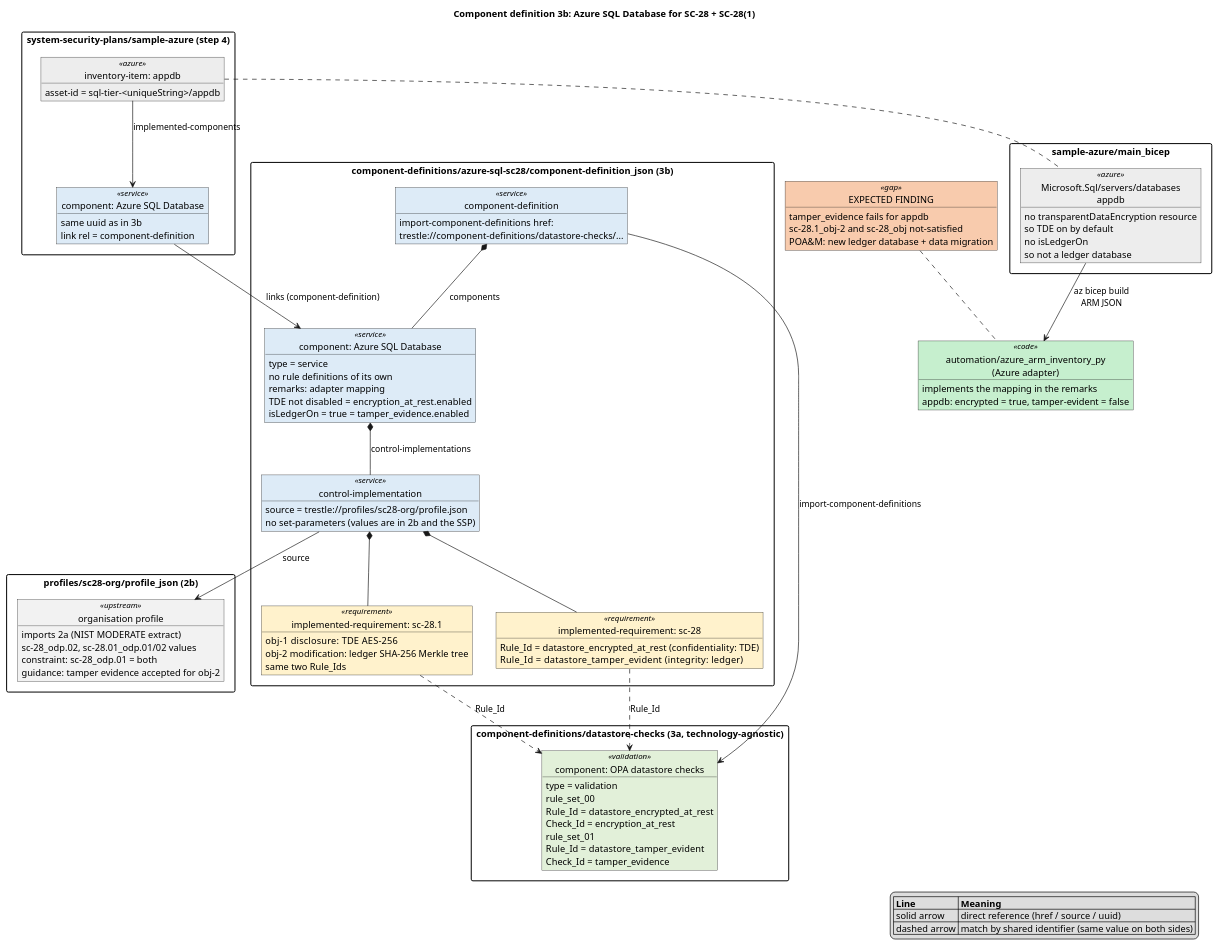
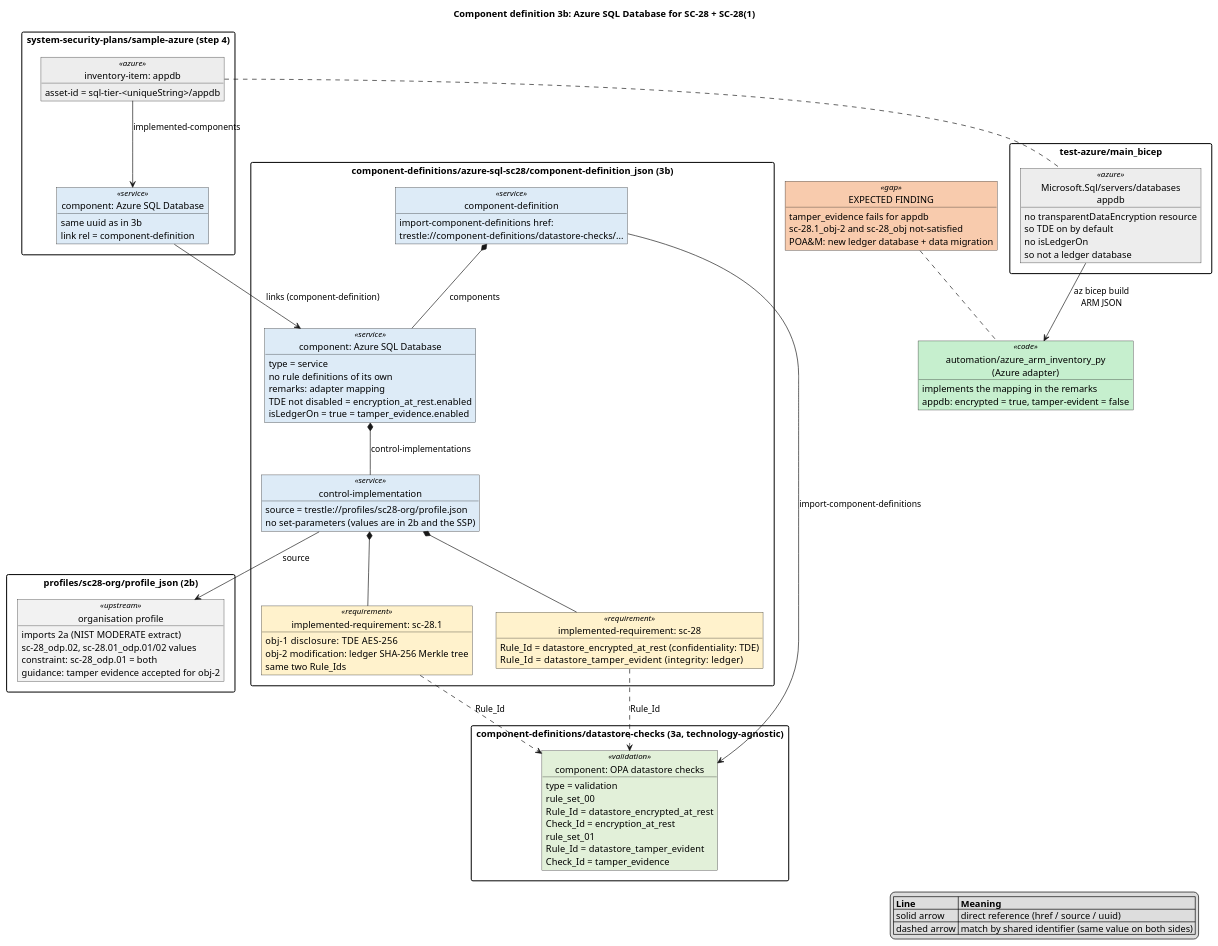
The diagram in diagrams/component-definitions/azure-sql-sc28.puml (wolffy-au/frictionless-sample-oscal), drawn with PlantUML before and after one commit. The commit also changed 3 other files, not shown here.

First line of the commit message:
Point the Azure assessment at ../test-azure

```diff
--- a/diagrams/component-definitions/azure-sql-sc28.puml
+++ b/diagrams/component-definitions/azure-sql-sc28.puml
@@ -1,128 +1,128 @@
 @startuml component-definition-azure-sql-sc28
 ' Structure of component-definitions/azure-sql-sc28/component-definition.json
 ' (step 3b, platform-specific) and how it relates to the organisation profile,
 ' the technology-agnostic checks (3a), the SSP and the sample-azure deployment.
 ' Package names use '_' instead of '.' (PlantUML splits package names on '.').
 ' Body lines must not start with '-', '+', '#' or '~' (rendered as UML
 ' visibility icons) or with '..' (rendered as a separator).
 title Component definition 3b: Azure SQL Database for SC-28 + SC-28(1)
 hide circle
 skinparam packageStyle rectangle
 skinparam object {
   BackgroundColor<<service>> #DDEBF7
   BackgroundColor<<validation>> #E2F0D9
   BackgroundColor<<requirement>> #FFF2CC
   BackgroundColor<<upstream>> #F2F2F2
   BackgroundColor<<azure>> #EDEDED
   BackgroundColor<<gap>> #F8CBAD
   BackgroundColor<<code>> #C6EFCE
 }
 
 legend right
   |= Line |= Meaning |
   | solid arrow | direct reference (href / source / uuid) |
   | dashed arrow | match by shared identifier (same value on both sides) |
 endlegend
 
 ' ======================= UPSTREAM OSCAL =======================
 package "profiles/sc28-org/profile_json (2b)" {
   object "organisation profile" as org <<upstream>> {
     imports 2a (NIST MODERATE extract)
     sc-28_odp.02, sc-28.01_odp.01/02 values
     constraint: sc-28_odp.01 = both
     guidance: tamper evidence accepted for obj-2
   }
 }
 
 package "component-definitions/datastore-checks (3a, technology-agnostic)" {
   object "component: OPA datastore checks" as val <<validation>> {
     type = validation
     rule_set_00
       Rule_Id  = datastore_encrypted_at_rest
       Check_Id = encryption_at_rest
     rule_set_01
       Rule_Id  = datastore_tamper_evident
       Check_Id = tamper_evidence
   }
 }
 
 ' ======================= THIS COMPONENT DEFINITION =======================
 package "component-definitions/azure-sql-sc28/component-definition_json (3b)" {
   object "component-definition" as cdroot <<service>> {
     import-component-definitions href:
       trestle://component-definitions/datastore-checks/...
   }
   object "component: Azure SQL Database" as svc <<service>> {
     type = service
     no rule definitions of its own
     remarks: adapter mapping
       TDE not disabled  = encryption_at_rest.enabled
       isLedgerOn = true = tamper_evidence.enabled
   }
   object "control-implementation" as ci <<service>> {
     source = trestle://profiles/sc28-org/profile.json
     no set-parameters (values are in 2b and the SSP)
   }
   object "implemented-requirement: sc-28" as ir28 <<requirement>> {
     Rule_Id = datastore_encrypted_at_rest  (confidentiality: TDE)
     Rule_Id = datastore_tamper_evident     (integrity: ledger)
   }
   object "implemented-requirement: sc-28.1" as ir281 <<requirement>> {
     obj-1 disclosure:   TDE AES-256
     obj-2 modification: ledger SHA-256 Merkle tree
     same two Rule_Ids
   }
 }
 
 ' ======================= DOWNSTREAM =======================
 package "system-security-plans/sample-azure (step 4)" {
   object "component: Azure SQL Database" as ssp_comp <<service>> {
     same uuid as in 3b
     link rel = component-definition
   }
   object "inventory-item: appdb" as ssp_inv <<azure>> {
     asset-id = sql-tier-<uniqueString>/appdb
   }
 }
 
-package "sample-azure/main_bicep" {
+package "test-azure/main_bicep" {
   object "Microsoft.Sql/servers/databases\nappdb" as az_db <<azure>> {
     no transparentDataEncryption resource
       so TDE on by default
     no isLedgerOn
       so not a ledger database
   }
 }
 
 object "automation/azure_arm_inventory_py\n(Azure adapter)" as adapter <<code>> {
   implements the mapping in the remarks
   appdb: encrypted = true, tamper-evident = false
 }
 
 object "EXPECTED FINDING" as gap <<gap>> {
   tamper_evidence fails for appdb
   sc-28.1_obj-2 and sc-28_obj not-satisfied
   POA&M: new ledger database + data migration
 }
 
 ' containment
 cdroot *-- svc : components
 svc *-- ci : control-implementations
 ci *-- ir28
 ci *-- ir281
 
 ' direct references (solid)
 cdroot --> val : import-component-definitions
 ci --> org : source
 ssp_comp --> svc : links (component-definition)
 ssp_inv --> ssp_comp : implemented-components
 
 ' shared identifiers (dashed)
 ir28 ..> val : Rule_Id
 ir281 ..> val : Rule_Id
 
 ' evidence path
 az_db --> adapter : az bicep build\nARM JSON
 ssp_inv .. az_db
 gap .. adapter
 @enduml
```
